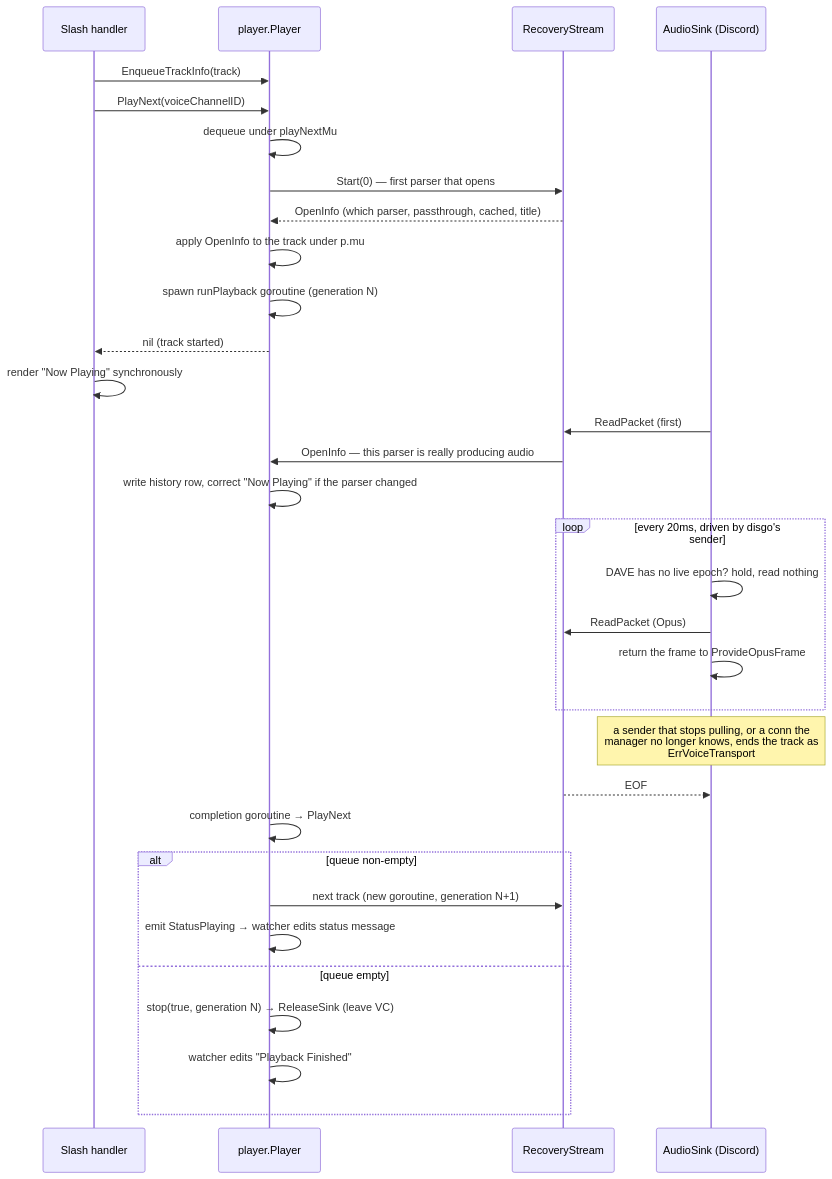
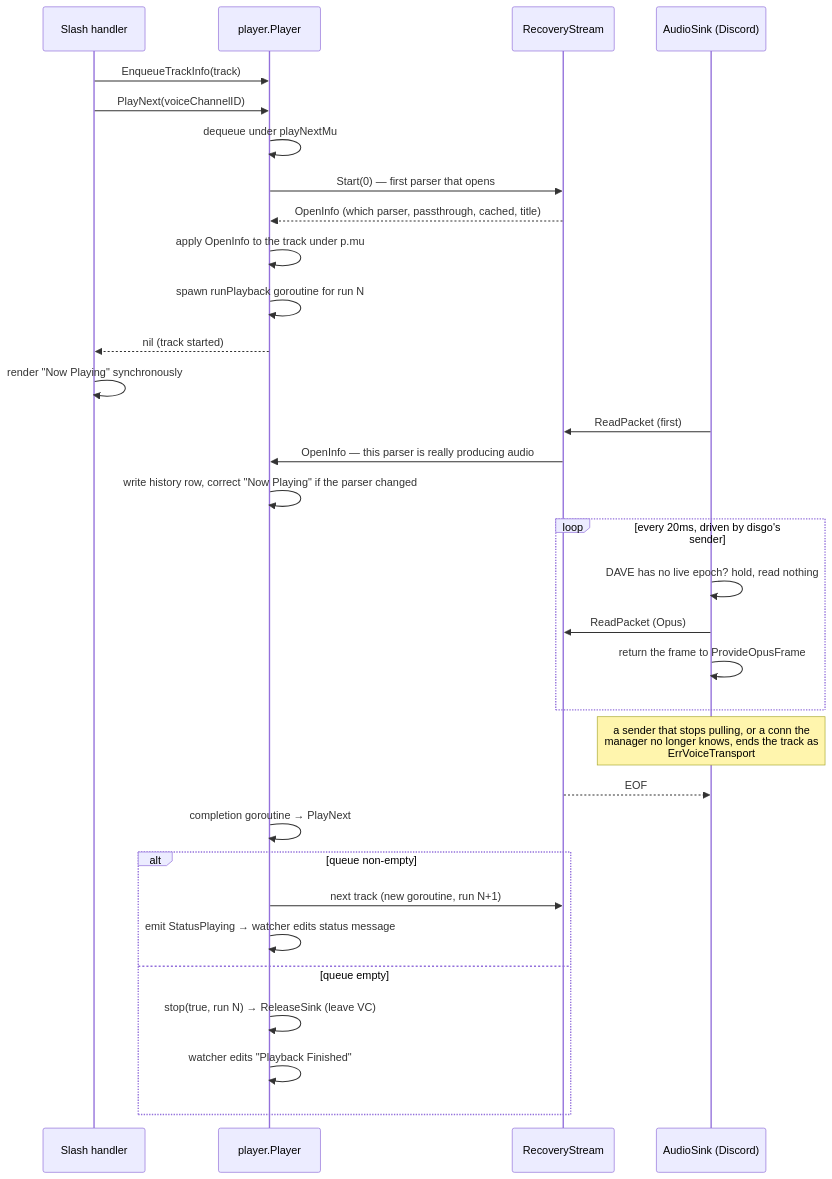
One commit to keshon/melodix changed the second of 2 diagrams in docs/architecture.md. Above: the diagram before and after it, drawn with Mermaid. The commit also changed other lines of this file and 5 other files, not shown here.

First line of the commit message:
player: make a playback run an object

````diff
--- a/docs/architecture.md
+++ b/docs/architecture.md
@@ -279,34 +279,34 @@
 ```mermaid
 sequenceDiagram
   participant H as Slash handler
   participant P as player.Player
   participant RS as RecoveryStream
   participant S as AudioSink (Discord)
   H->>P: EnqueueTrackInfo(track)
   H->>P: PlayNext(voiceChannelID)
   P->>P: dequeue under playNextMu
   P->>RS: Start(0) — first parser that opens
   RS-->>P: OpenInfo (which parser, passthrough, cached, title)
   P->>P: apply OpenInfo to the track under p.mu
-  P->>P: spawn runPlayback goroutine (generation N)
+  P->>P: spawn runPlayback goroutine for run N
   P-->>H: nil (track started)
   H->>H: render "Now Playing" synchronously
   S->>RS: ReadPacket (first)
   RS->>P: OpenInfo — this parser is really producing audio
   P->>P: write history row, correct "Now Playing" if the parser changed
   loop every 20ms, driven by disgo's sender
     S->>S: DAVE has no live epoch? hold, read nothing
     S->>RS: ReadPacket (Opus)
     S->>S: return the frame to ProvideOpusFrame
   end
   Note over S: a sender that stops pulling, or a conn the<br/>manager no longer knows, ends the track as<br/>ErrVoiceTransport
   RS-->>S: EOF
   P->>P: completion goroutine → PlayNext
   alt queue non-empty
-    P->>RS: next track (new goroutine, generation N+1)
+    P->>RS: next track (new goroutine, run N+1)
     P->>P: emit StatusPlaying → watcher edits status message
   else queue empty
-    P->>P: stop(true, generation N) → ReleaseSink (leave VC)
+    P->>P: stop(true, run N) → ReleaseSink (leave VC)
     P->>P: watcher edits "Playback Finished"
   end
 ```
````
